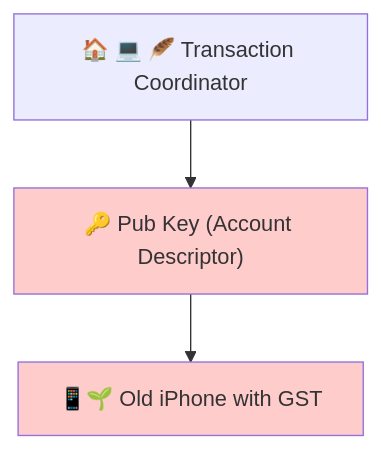
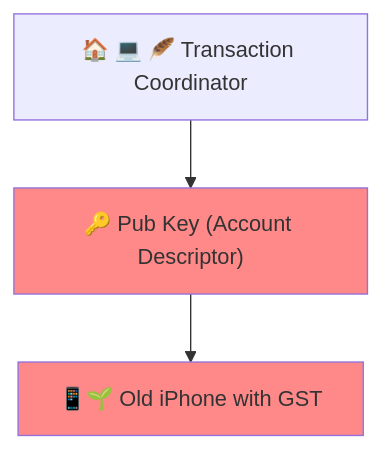
Diagram 14 of 26 in Docs/Scenario-Multisig.md (BlockchainCommons/SmartCustody), drawn with Mermaid before and after one commit. The commit also changed other lines of this file, not shown here.

````diff
--- a/Docs/Scenario-Multisig.md
+++ b/Docs/Scenario-Multisig.md
@@ -536,11 +536,11 @@
 ```mermaid
     graph TD;
     A["🏠 💻 🪶 Transaction Coordinator"]
     B["🔑 Pub Key (Account Descriptor)"]
     C["📱🌱 Old iPhone with GST"]
 
     A-->B-->C
     
-    style B fill:#ffcccc;
-    style C fill:#ffcccc;
+    style B fill:#ff8888;
+    style C fill:#ff8888;
 ```
````
